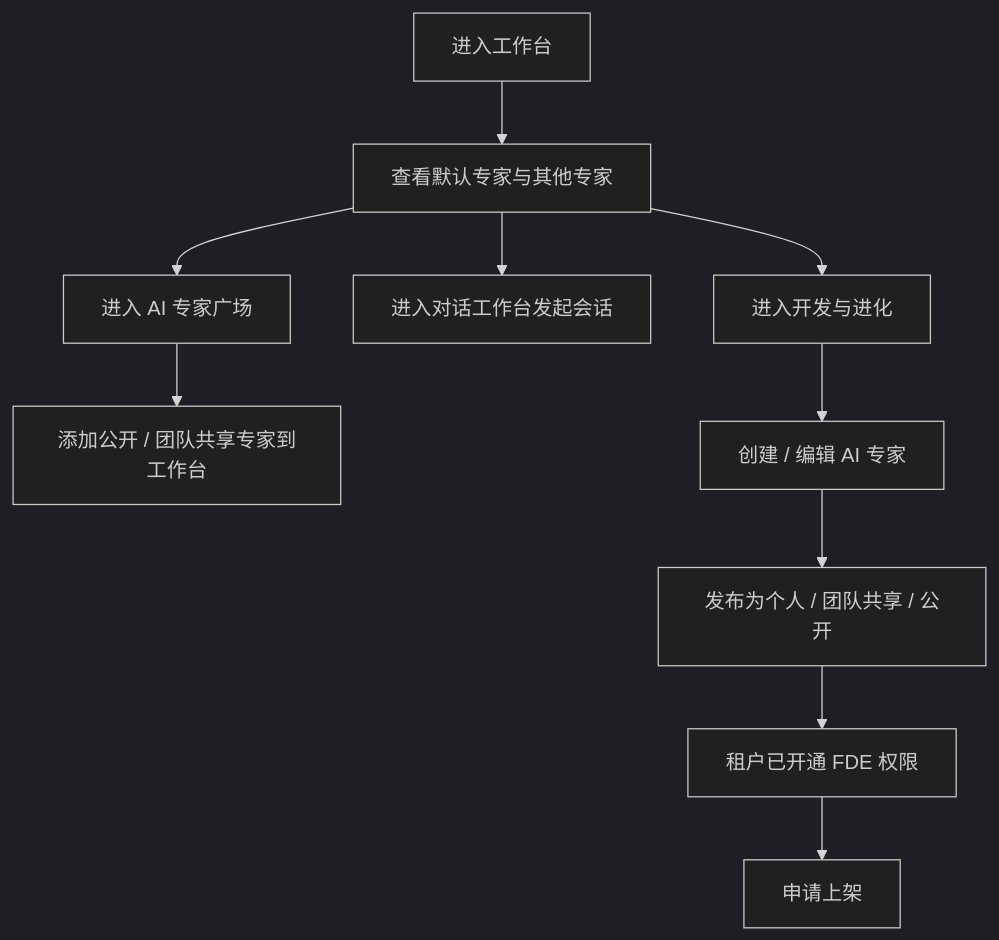
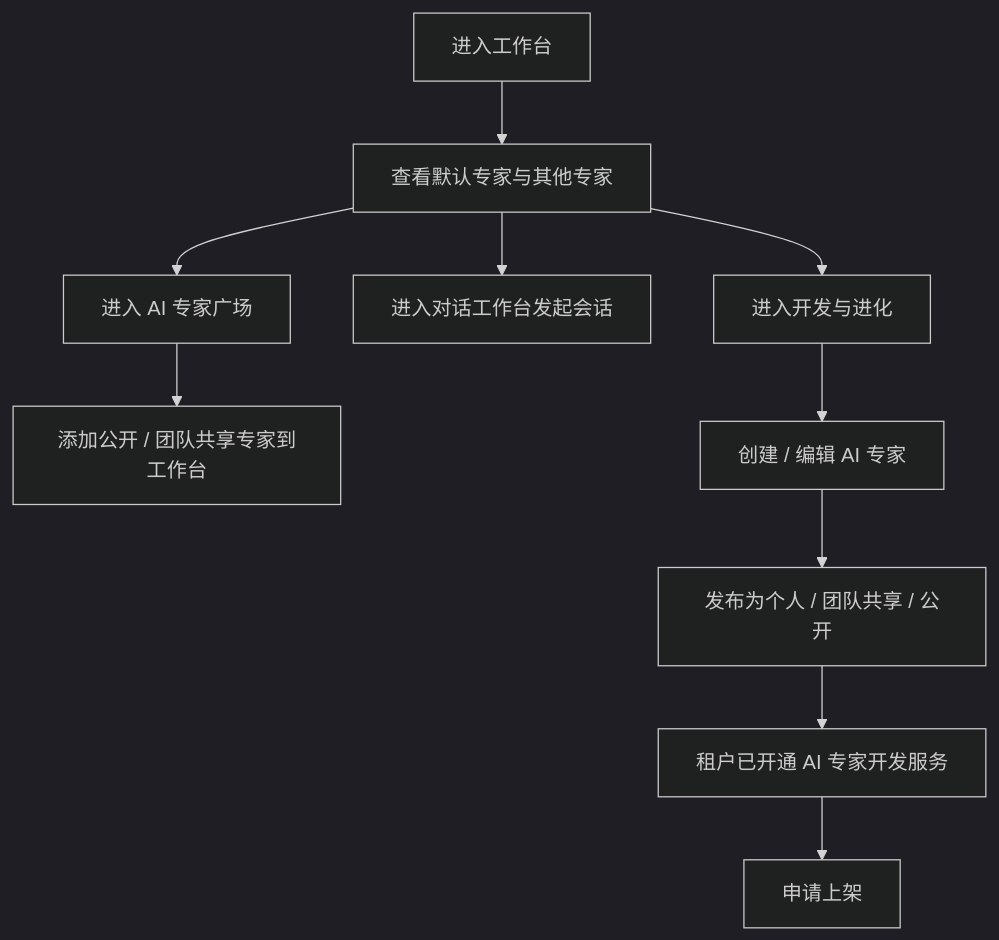
One commit to wanquanY/Frontis_prd changed the second of 4 diagrams in Frontis AI · 完整 PRD V2.md. Above: the diagram before and after it, drawn with Mermaid (dark theme). The commit also changed other lines of this file and 7 other files, not shown here.

````diff
--- a/Frontis AI · 完整 PRD V2.md
+++ b/Frontis AI · 完整 PRD V2.md
@@ -109,12 +109,12 @@
 ```mermaid
 flowchart TD
   A["进入工作台"] --> B["查看默认专家与其他专家"]
   B --> C["进入 AI 专家广场"]
   C --> D["添加公开 / 团队共享专家到工作台"]
   B --> E["进入对话工作台发起会话"]
   B --> F["进入开发与进化"]
   F --> G["创建 / 编辑 AI 专家"]
   G --> H["发布为个人 / 团队共享 / 公开"]
-  H --> I["租户已开通 FDE 权限"]
+  H --> I["租户已开通 AI 专家开发服务"]
   I --> J["申请上架"]
 ```
````
